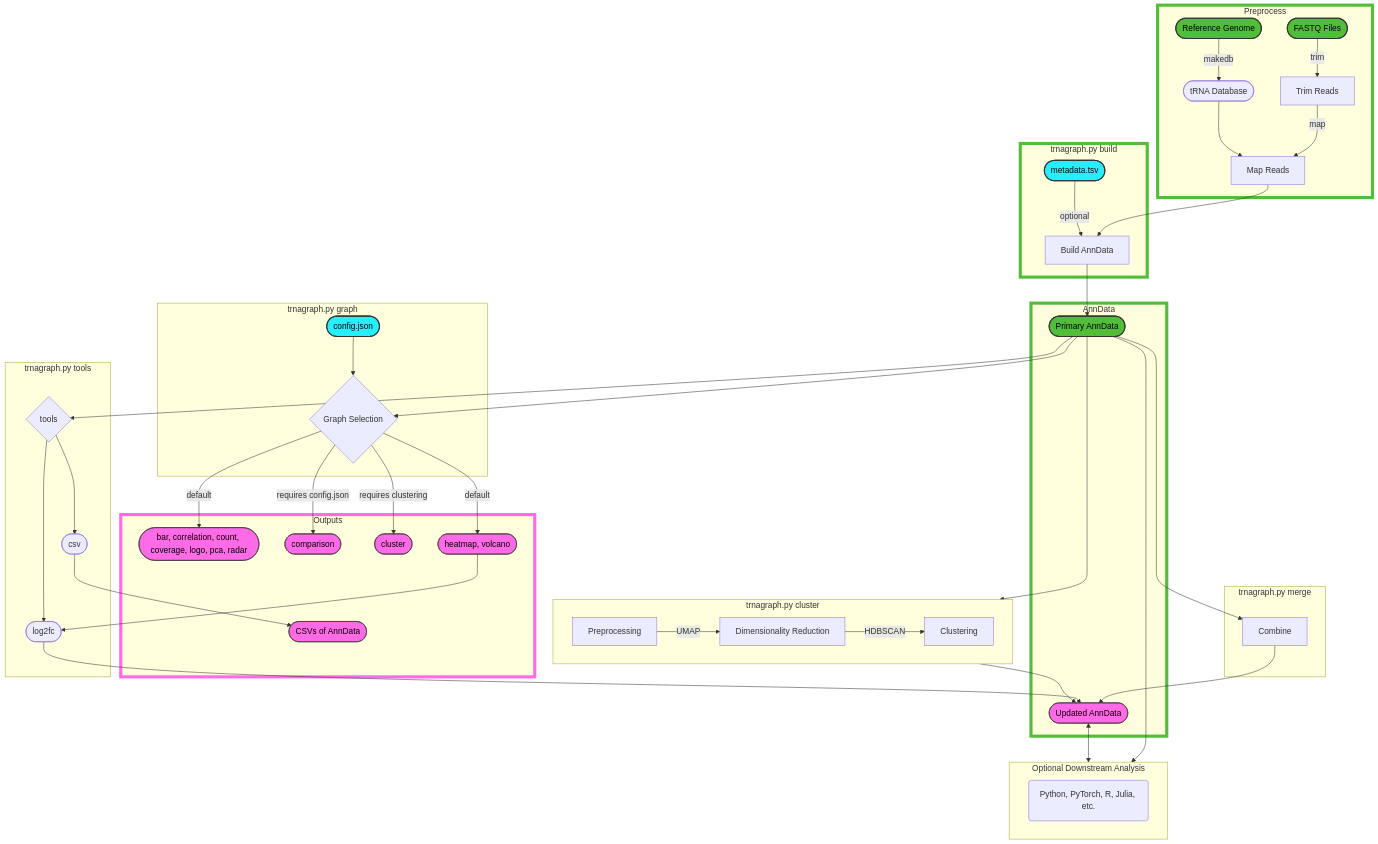
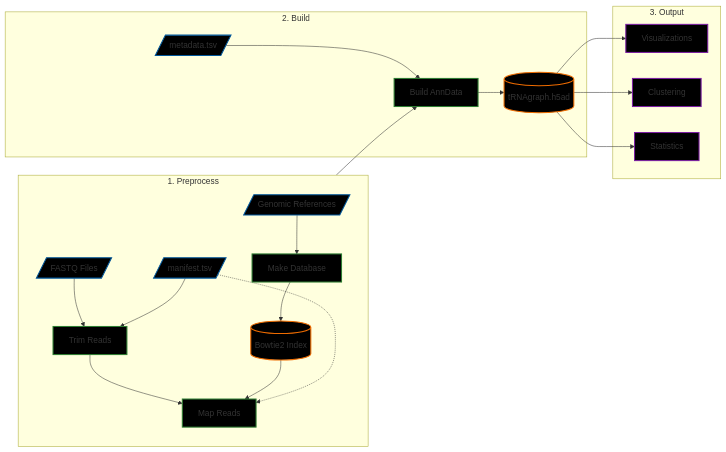
The diagram in README.md (alba1735/tRNAgraph), drawn with Mermaid before and after one commit. The commit also changed other lines of this file and 7 other files, not shown here.

Commit message:
docs: split README into advanced_usage/cli_reference/data_structure guides

````diff
--- a/README.md
+++ b/README.md
@@ -14,70 +19,55 @@
 ```mermaid
-    %%{ init: { 'flowchart': { 'curve': 'basis' } } }%%
-    flowchart TD
-      subgraph sg0 [Preprocess]
-        F([FASTQ Files]) -->|trim| P1[Trim Reads]
-        P1 -->|map| P2[Map Reads]
-        R([Reference Genome]) -->|makedb| D([tRNA Database])
-        D --> P2
-      end
-      subgraph sg1 [trnagraph.py build]
-        P2 --> B[Build AnnData]
-        M([metadata.tsv]) -->|optional| B
-      end
-      B --> I2
-      subgraph O [Outputs]
-        G1
-        G2
-        G3
-        G4
-        D1([CSVs of AnnData])
-      end
-      subgraph sgI1 [AnnData]
-        I2([Primary AnnData])
-        I2.2([Updated AnnData])
-      end
-      I2 --> sg3
-      subgraph sg3 [trnagraph.py cluster]
-        C1[Preprocessing] -->|UMAP| C2[Dimensionality Reduction] -->|HDBSCAN| C3[Clustering]
-      end
-      sg3 --> I2.2
-      I2 --> C
-      subgraph sg4 [trnagraph.py merge]
-        C[Combine]
-      end
-      C --> I2.2
-      I2 --> G{Graph Selection}
-      subgraph sg5 [trnagraph.py tools]
-        T --> L([log2fc])
-        T --> D2([csv]) --> D1
-      end
-      I2 --> T{tools}
-      subgraph sg2 [trnagraph.py graph]
-        G -->|default| G1([bar, correlation, count, coverage, logo, pca, radar])
-        G -->|default| G4([heatmap, volcano]) --> L([log2fc]) --> I2.2
-        G -->|requires config.json| G2([comparison])
-        G -->|requires clustering| G3([cluster])
-        J([config.json]) --> G
-      end
-      subgraph sg1.2 [Optional Downstream Analysis]
-        direction LR
-        R1(Python, PyTorch, R, Julia, etc.)
-      end
-      I2 --> sg1.2
-      I2.2 <--> sg1.2
-      style F fill:#51BD38,stroke:#333,stroke-width:2px,color:#000000
-      style R fill:#51BD38,stroke:#333,stroke-width:2px,color:#000000
-      style M fill:#25EEFF,stroke:#333,stroke-width:2px,color:#000000
-      style J fill:#25EEFF,stroke:#333,stroke-width:2px,color:#000000
-      style D1 fill:#FF6AE6,stroke:#333,color:#000000
-      style G1 fill:#FF6AE6,stroke:#333,color:#000000
-      style G2 fill:#FF6AE6,stroke:#333,color:#000000
-      style G3 fill:#FF6AE6,stroke:#333,color:#000000
-      style G4 fill:#FF6AE6,stroke:#333,color:#000000
-      style I2 fill:#51BD38,stroke:#333,stroke-width:2px,color:#000000
-      style I2.2 fill:#FF6AE6,stroke:#333,color:#000000
-      style O stroke:#FF6AE6,stroke-width:6px
-      style sg1 stroke:#51BD38,stroke-width:6px
-      style sgI1 stroke:#51BD38,stroke-width:6px
-      style sg0 stroke:#51BD38,stroke-width:6px
+flowchart LR
+  %% Input Nodes
+  I1[/"manifest.tsv"/]
+  I2[/"FASTQ Files"/]
+  I3[/"Genomic References"/]
+  I4[/"metadata.tsv"/]
+
+  %% Processing Nodes
+  P1[Trim Reads]
+  P2[Make Database]
+  P3[Map Reads]
+  B1[Build AnnData]
+
+  %% Data/Storage Nodes
+  D1[("Bowtie2 Index")]
+  D2[("tRNAgraph.h5ad")]
+
+  %% Output Nodes
+  O1[Visualizations]
+  O2[Clustering]
+  O3[Statistics]
+
+  %% Flow
+  subgraph Step1 [1. Preprocess]
+    direction TB
+    I3 --> P2 --> D1
+    I2 & I1 --> P1
+    P1 & D1 --> P3
+    I1 -.-> P3
+  end
+
+  subgraph Step2 [2. Build]
+    P3 --> B1
+    I4 --> B1
+    B1 --> D2
+  end
+
+  subgraph Step3 [3. Output]
+    D2 --> O1
+    D2 --> O2
+    D2 --> O3
+  end
+
+  %% Styling
+  classDef input fill:#000000,stroke:#01579b,stroke-width:2px;
+  classDef process fill:#000000,stroke:#2e7d32,stroke-width:2px;
+  classDef storage fill:#000000,stroke:#ef6c00,stroke-width:2px;
+  classDef output fill:#000000,stroke:#7b1fa2,stroke-width:2px;
+
+  class I1,I2,I3,I4 input;
+  class P1,P2,P3,B1 process;
+  class D1,D2 storage;
+  class O1,O2,O3 output;
 ```
````
